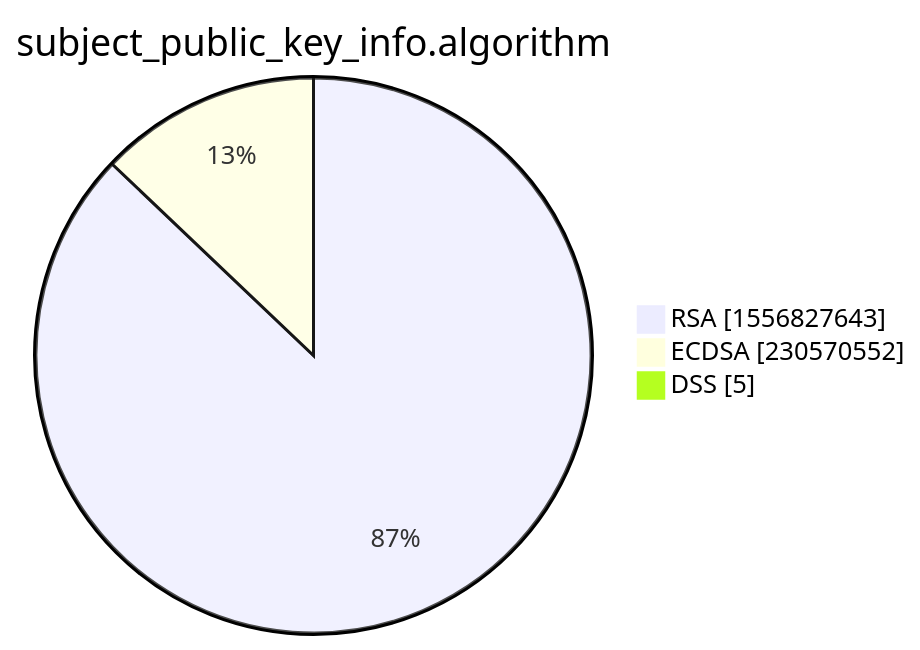
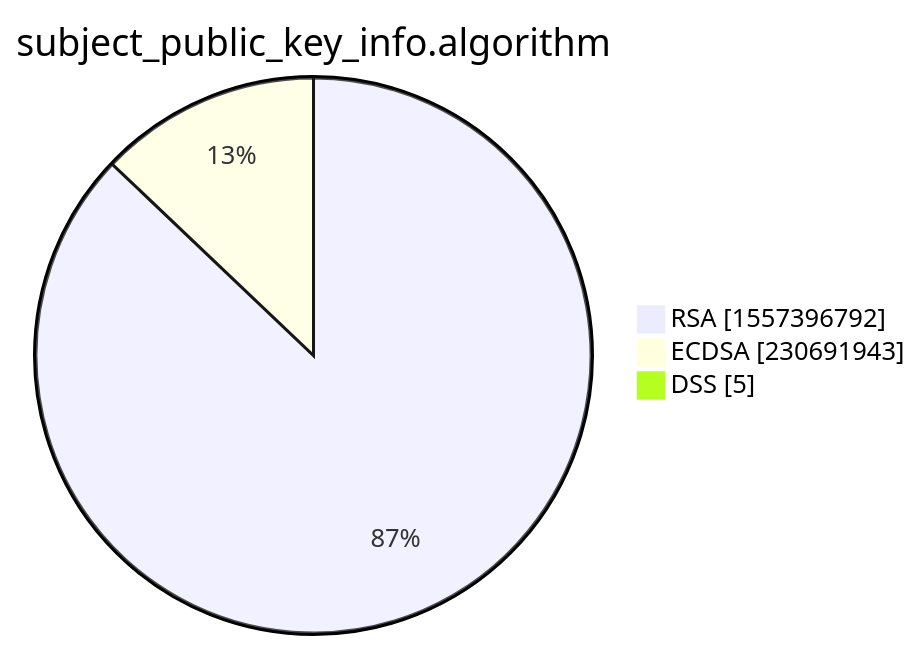
Before and after one commit to christiankrug/ctmonitor_visualization: the third of 15 diagrams in xenon2022/README.md, drawn with Mermaid. The commit also changed other lines of this file, not shown here.

````diff
--- a/xenon2022/README.md
+++ b/xenon2022/README.md
@@ -14,7 +14,7 @@
 ```mermaid
 pie showData
 title subject_public_key_info.algorithm
-"RSA" :1556827643
-"ECDSA" :230570552
+"RSA" :1557396792
+"ECDSA" :230691943
 "DSS" :5
 ```
````
